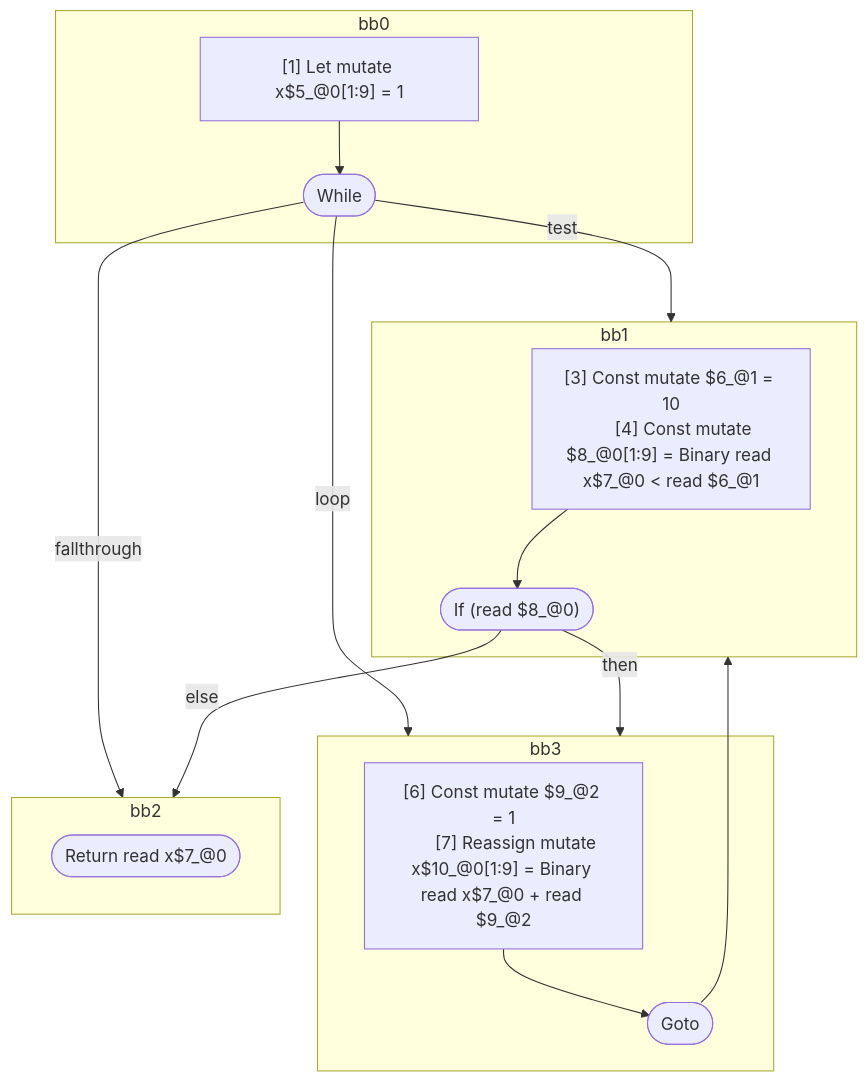
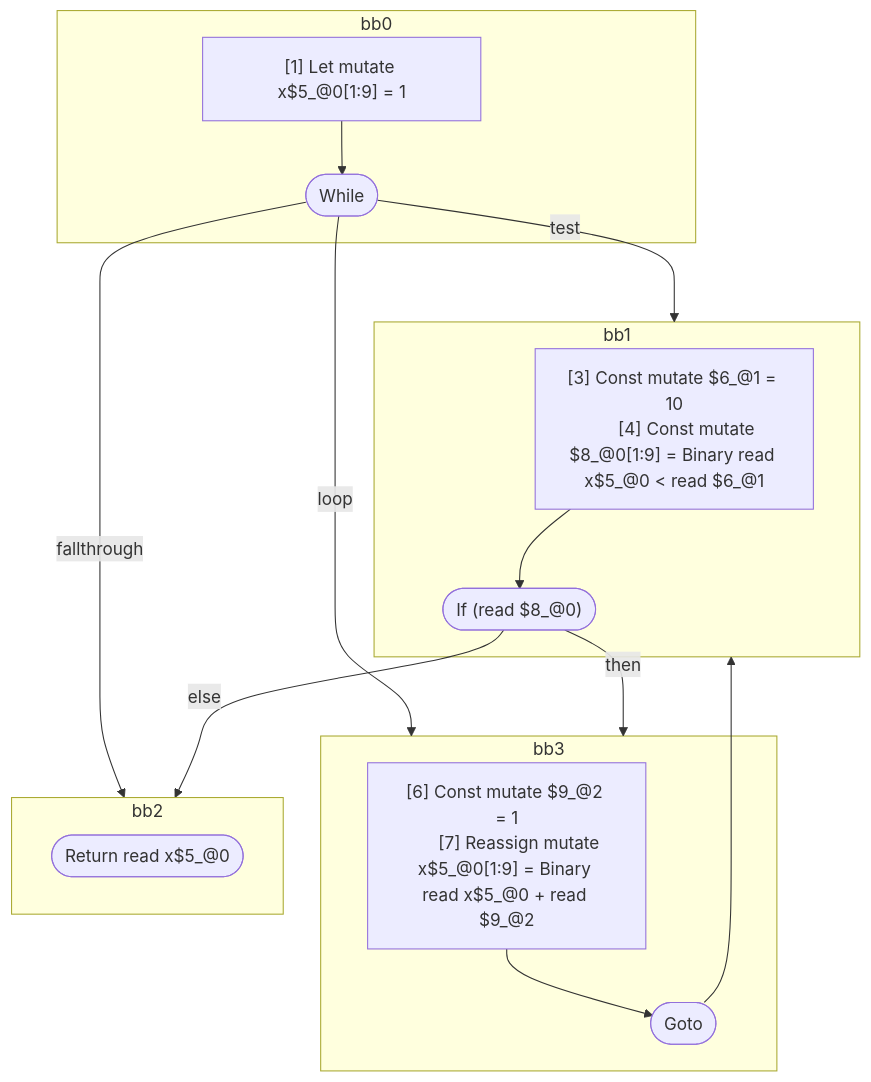
The diagram in compiler/forget/src/__tests__/fixtures/hir/ssa-while.expect.md (wutsmog/private), drawn with Mermaid before and after one commit. The commit also changed other lines of this file and 61 other files, not shown here.

````diff
--- a/compiler/forget/src/__tests__/fixtures/hir/ssa-while.expect.md
+++ b/compiler/forget/src/__tests__/fixtures/hir/ssa-while.expect.md
@@ -41,36 +40,36 @@
 ```mermaid
 flowchart TB
   %% Basic Blocks
   subgraph bb0
     bb0_instrs["
       [1] Let mutate x$5_@0[1:9] = 1
     "]
     bb0_instrs --> bb0_terminal(["While"])
   end
   subgraph bb1
     bb1_instrs["
       [3] Const mutate $6_@1 = 10
-      [4] Const mutate $8_@0[1:9] = Binary read x$7_@0 < read $6_@1
+      [4] Const mutate $8_@0[1:9] = Binary read x$5_@0 < read $6_@1
     "]
     bb1_instrs --> bb1_terminal(["If (read $8_@0)"])
   end
   subgraph bb3
     bb3_instrs["
       [6] Const mutate $9_@2 = 1
-      [7] Reassign mutate x$10_@0[1:9] = Binary read x$7_@0 + read $9_@2
+      [7] Reassign mutate x$5_@0[1:9] = Binary read x$5_@0 + read $9_@2
     "]
     bb3_instrs --> bb3_terminal(["Goto"])
   end
   subgraph bb2
-    bb2_terminal(["Return read x$7_@0"])
+    bb2_terminal(["Return read x$5_@0"])
   end
 
   %% Jumps
   bb0_terminal -- "test" --> bb1
   bb0_terminal -- "loop" --> bb3
   bb0_terminal -- "fallthrough" --> bb2
   bb1_terminal -- "then" --> bb3
   bb1_terminal -- "else" --> bb2
   bb3_terminal --> bb1
 
 ```
````
